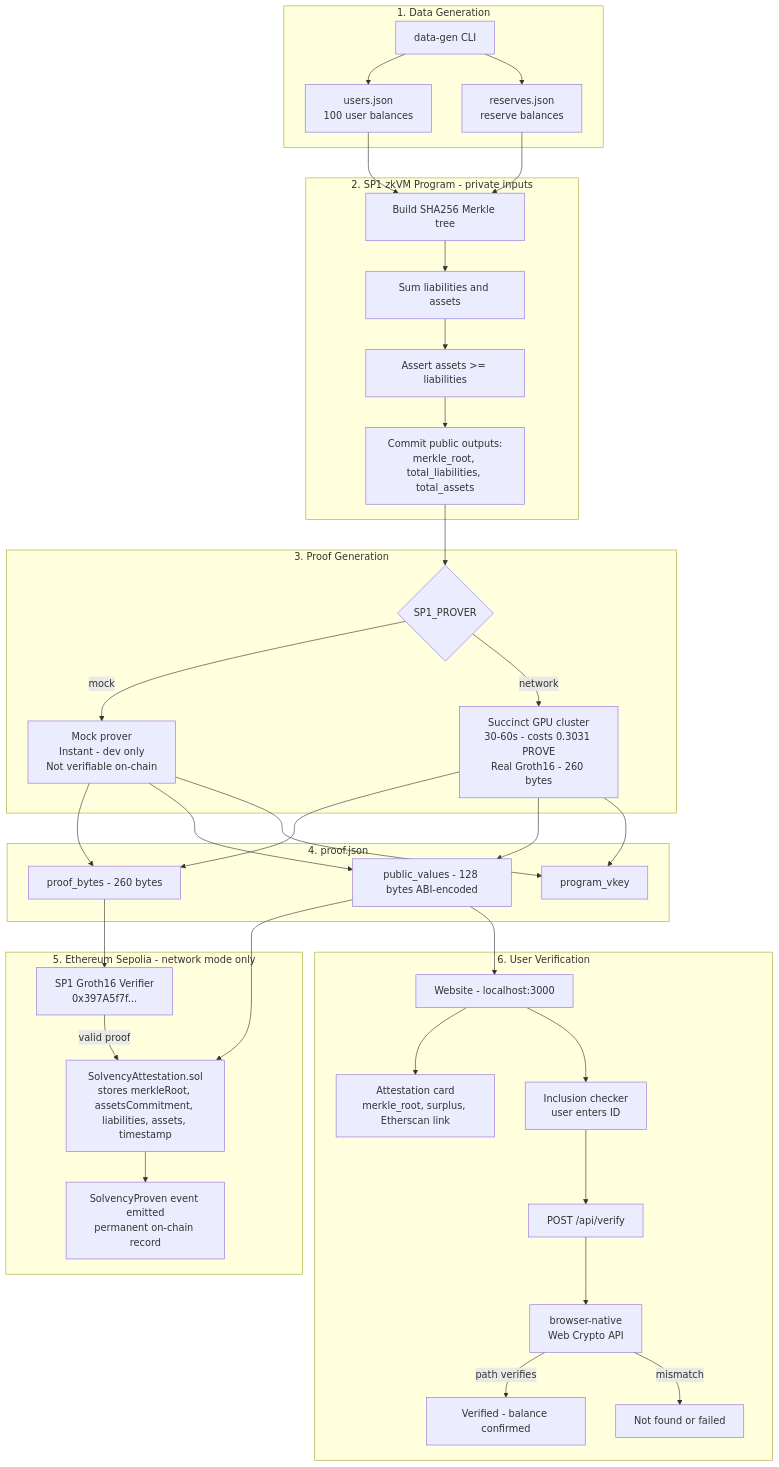
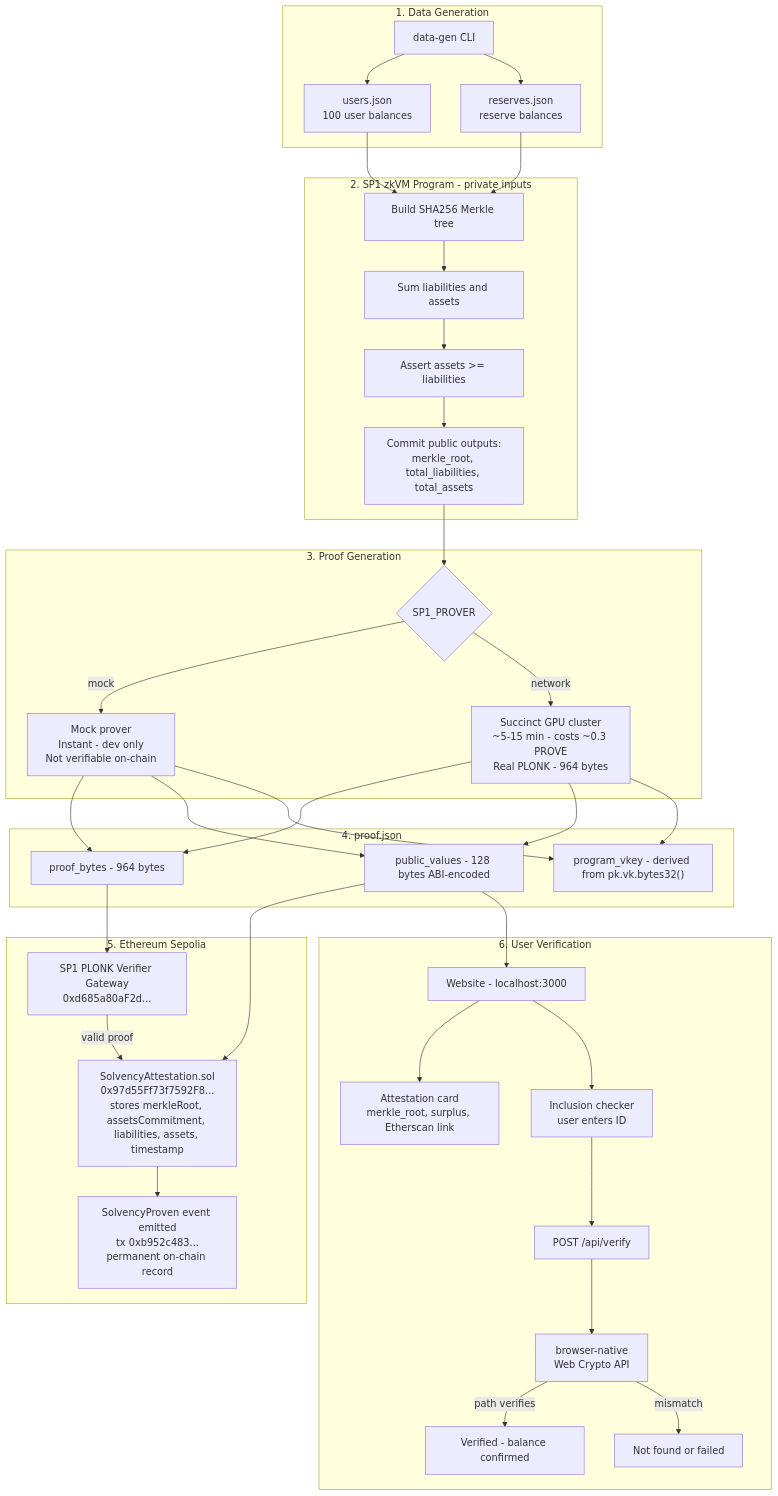
Before and after one commit to yx-xyc/zk-solvency: the fourth of 4 diagrams in docs/presentation.md, drawn with Mermaid. The commit also changed other lines of this file and 5 other files, not shown here.

Commit message:
Update all docs (Groth16→PLONK, live deployment values) and fix vkey API (pk.verifying_key().bytes32())

````diff
--- a/docs/presentation.md
+++ b/docs/presentation.md
@@ -215,62 +222,62 @@
 ```mermaid
 flowchart TD
     subgraph DataGen[1. Data Generation]
         DG["data-gen CLI"]
         UJ["users.json\n100 user balances"]
         RJ["reserves.json\nreserve balances"]
         DG --> UJ
         DG --> RJ
     end
 
     subgraph ZKProgram[2. SP1 zkVM Program - private inputs]
         MT["Build SHA256 Merkle tree"]
         SUM["Sum liabilities and assets"]
         ASSERT["Assert assets >= liabilities"]
         PUB["Commit public outputs:\nmerkle_root, total_liabilities, total_assets"]
         MT --> SUM --> ASSERT --> PUB
     end
 
     subgraph ProofGen[3. Proof Generation]
         ENV{SP1_PROVER}
         MOCK["Mock prover\nInstant - dev only\nNot verifiable on-chain"]
-        NET["Succinct GPU cluster\n30-60s - costs 0.3031 PROVE\nReal Groth16 - 260 bytes"]
+        NET["Succinct GPU cluster\n~5-15 min - costs ~0.3 PROVE\nReal PLONK - 964 bytes"]
         ENV -->|mock| MOCK
         ENV -->|network| NET
     end
 
     subgraph Artifacts[4. proof.json]
-        PB["proof_bytes - 260 bytes"]
+        PB["proof_bytes - 964 bytes"]
         PV["public_values - 128 bytes ABI-encoded"]
-        VK["program_vkey"]
+        VK["program_vkey - derived from pk.vk.bytes32()"]
     end
 
-    subgraph OnChain[5. Ethereum Sepolia - network mode only]
-        VER["SP1 Groth16 Verifier\n0x397A5f7f..."]
-        SOL["SolvencyAttestation.sol\nstores merkleRoot, assetsCommitment, liabilities, assets, timestamp"]
-        EVT["SolvencyProven event emitted\npermanent on-chain record"]
+    subgraph OnChain[5. Ethereum Sepolia]
+        VER["SP1 PLONK Verifier Gateway\n0xd685a80aF2d..."]
+        SOL["SolvencyAttestation.sol\n0x97d55Ff73f7592F8...\nstores merkleRoot, assetsCommitment, liabilities, assets, timestamp"]
+        EVT["SolvencyProven event emitted\ntx 0xb952c483...\npermanent on-chain record"]
         VER -->|valid proof| SOL --> EVT
     end
 
     subgraph UserSide[6. User Verification]
         WEB["Website - localhost:3000"]
         CARD["Attestation card\nmerkle_root, surplus, Etherscan link"]
         FORM["Inclusion checker\nuser enters ID"]
         API["POST /api/verify"]
         BROWSER["browser-native\nWeb Crypto API"]
         OK["Verified - balance confirmed"]
         FAIL["Not found or failed"]
         WEB --> CARD
         WEB --> FORM --> API --> BROWSER
         BROWSER -->|path verifies| OK
         BROWSER -->|mismatch| FAIL
     end
 
     UJ --> MT
     RJ --> MT
     PUB --> ENV
     MOCK --> PB & PV & VK
     NET --> PB & PV & VK
     PB --> VER
     PV --> SOL
     PV --> WEB
 ```
````
